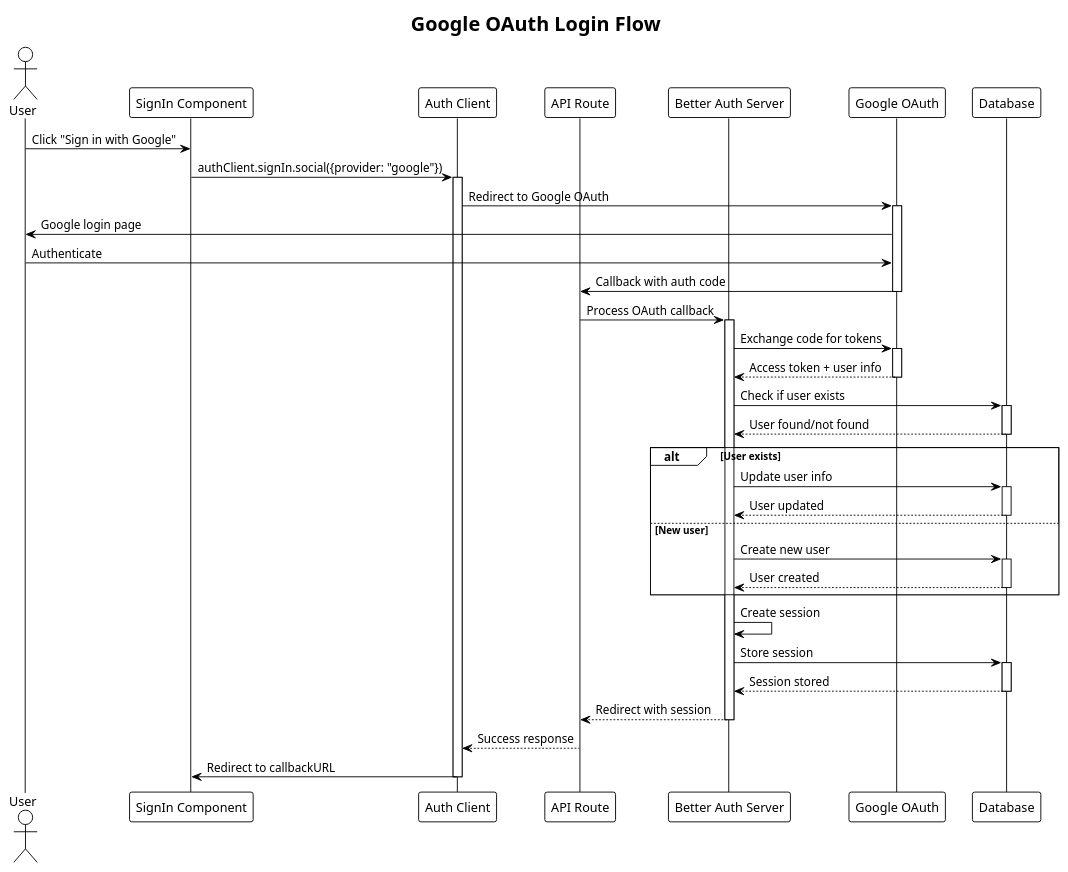
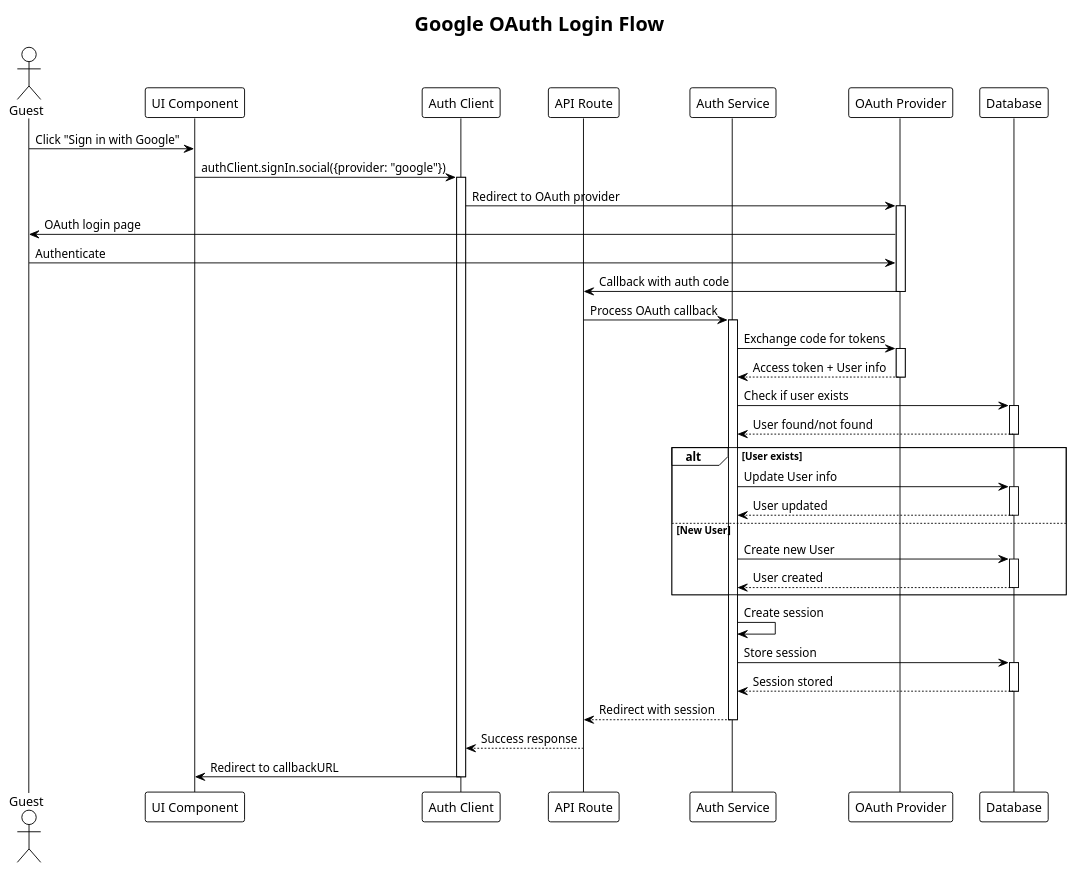
Before and after one commit to VieTicket/vieticket-monorepo: the second of 8 diagrams in puml/auth.puml, drawn with PlantUML. The commit also changed other lines of this file and 4 other files, not shown here.

Commit message:
[OPS-28] seq diagram for seatmap

```diff
--- a/puml/auth.puml
+++ b/puml/auth.puml
@@ -58,63 +58,63 @@
 @startuml google-login
 !theme plain
 title Google OAuth Login Flow
 
-actor User
-participant "SignIn Component" as UI
+actor Guest
+participant "UI Component" as UI
 participant "Auth Client" as Client
 participant "API Route" as API
-participant "Better Auth Server" as Auth
-participant "Google OAuth" as Google
+participant "Auth Service" as Auth
+participant "OAuth Provider" as OAuth
 participant "Database" as DB
 
-User -> UI: Click "Sign in with Google"
+Guest -> UI: Click "Sign in with Google"
 
 UI -> Client: authClient.signIn.social({provider: "google"})
 activate Client
 
-Client -> Google: Redirect to Google OAuth
-activate Google
-Google -> User: Google login page
-User -> Google: Authenticate
-Google -> API: Callback with auth code
-deactivate Google
+Client -> OAuth: Redirect to OAuth provider
+activate OAuth
+OAuth -> Guest: OAuth login page
+Guest -> OAuth: Authenticate
+OAuth -> API: Callback with auth code
+deactivate OAuth
 
 API -> Auth: Process OAuth callback
 activate Auth
 
-Auth -> Google: Exchange code for tokens
-activate Google
-Google --> Auth: Access token + user info
-deactivate Google
+Auth -> OAuth: Exchange code for tokens
+activate OAuth
+OAuth --> Auth: Access token + User info
+deactivate OAuth
 
 Auth -> DB: Check if user exists
 activate DB
 DB --> Auth: User found/not found
 deactivate DB
 
 alt User exists
-    Auth -> DB: Update user info
+    Auth -> DB: Update User info
     activate DB
     DB --> Auth: User updated
     deactivate DB
-else New user
-    Auth -> DB: Create new user
+else New User
+    Auth -> DB: Create new User
     activate DB
     DB --> Auth: User created
     deactivate DB
 end
 
 Auth -> Auth: Create session
 Auth -> DB: Store session
 activate DB
 DB --> Auth: Session stored
 deactivate DB
 
 Auth --> API: Redirect with session
 deactivate Auth
 
 API --> Client: Success response
 Client -> UI: Redirect to callbackURL
 deactivate Client
 
 @enduml
```
